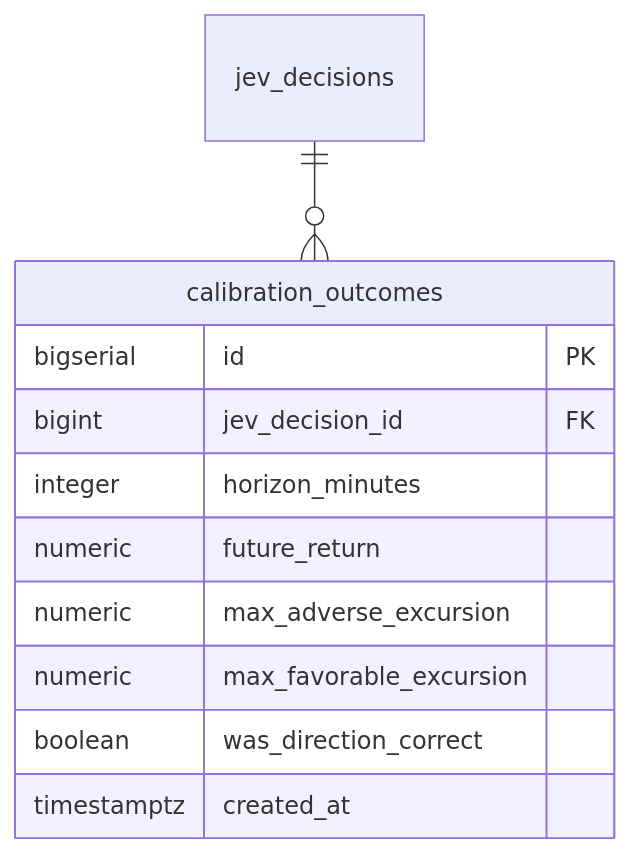
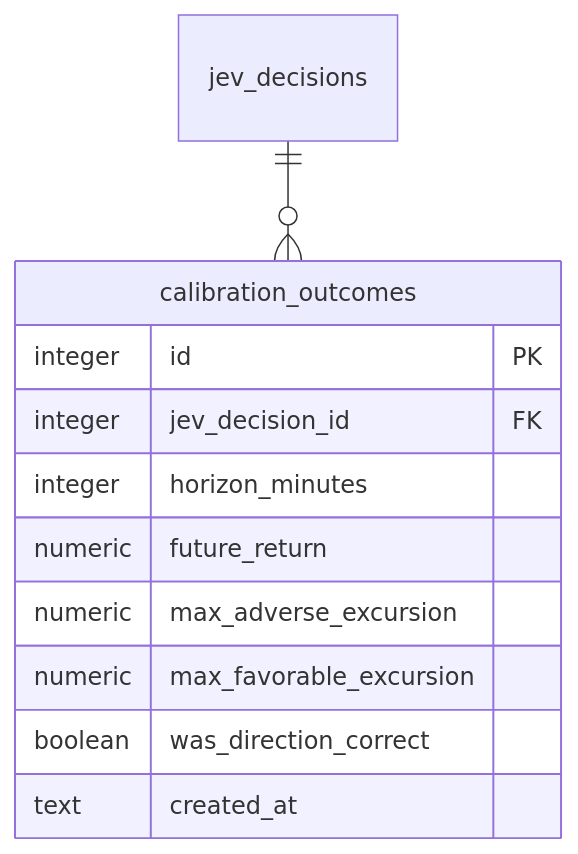
The eighth of 12 diagrams in docs/architecture/er.md (ousiassllc/pitha-trador), drawn with Mermaid before and after one commit. The commit also changed other lines of this file and 5 other files, not shown here.

````diff
--- a/docs/architecture/er.md
+++ b/docs/architecture/er.md
@@ -299,14 +316,14 @@
 ```mermaid
 erDiagram
     jev_decisions ||--o{ calibration_outcomes : ""
     calibration_outcomes {
-        bigserial id PK
-        bigint jev_decision_id FK
+        integer id PK
+        integer jev_decision_id FK
         integer horizon_minutes
         numeric future_return
         numeric max_adverse_excursion
         numeric max_favorable_excursion
         boolean was_direction_correct
-        timestamptz created_at
+        text created_at
     }
 ```
````
